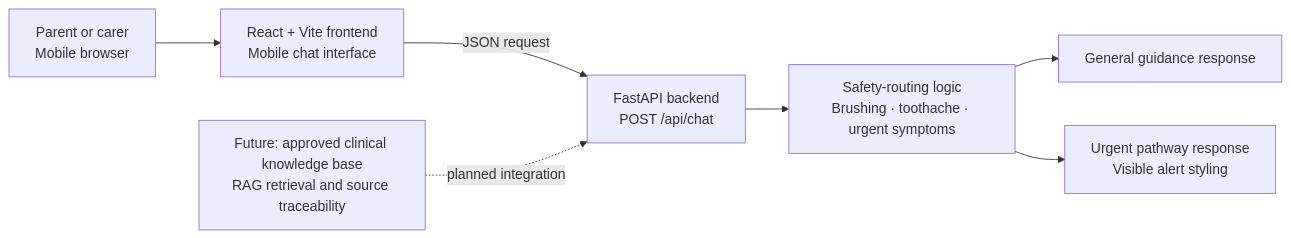
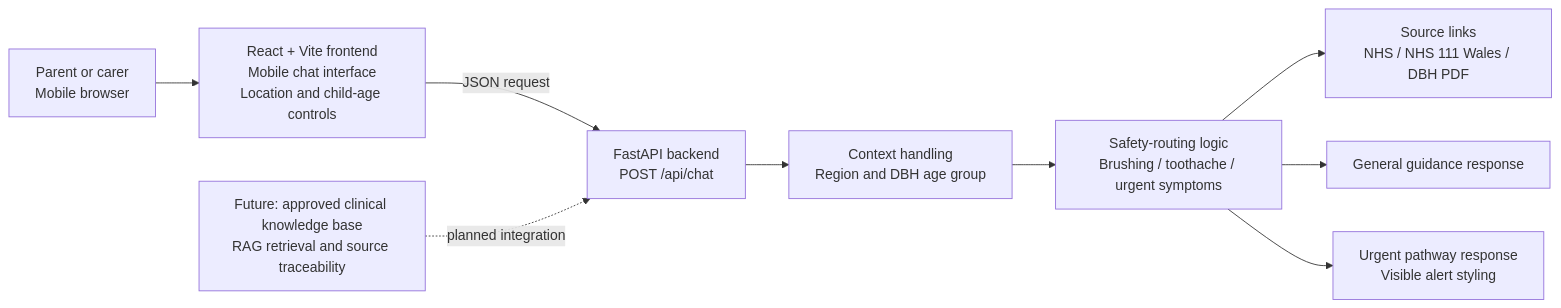
The diagram in README.md (ccyyyyyyymust-lgtm/oral-health-chatbot), drawn with Mermaid before and after one commit. The commit also changed other lines of this file, not shown here.

Commit message:
Update README for context and source links

````diff
--- a/README.md
+++ b/README.md
@@ -28,17 +30,21 @@
 ```mermaid
 flowchart LR
     P["Parent or carer<br/>Mobile browser"]
-    F["React + Vite frontend<br/>Mobile chat interface"]
+    F["React + Vite frontend<br/>Mobile chat interface<br/>Location and child-age controls"]
     A["FastAPI backend<br/>POST /api/chat"]
-    R["Safety-routing logic<br/>Brushing · toothache · urgent symptoms"]
+    C["Context handling<br/>Region and DBH age group"]
+    R["Safety-routing logic<br/>Brushing / toothache / urgent symptoms"]
+    S["Source links<br/>NHS / NHS 111 Wales / DBH PDF"]
     G["General guidance response"]
     U["Urgent pathway response<br/>Visible alert styling"]
     K["Future: approved clinical knowledge base<br/>RAG retrieval and source traceability"]
 
     P --> F
     F -->|"JSON request"| A
-    A --> R
+    A --> C
+    C --> R
+    R --> S
     R --> G
     R --> U
     K -. planned integration .-> A
 ```
````
